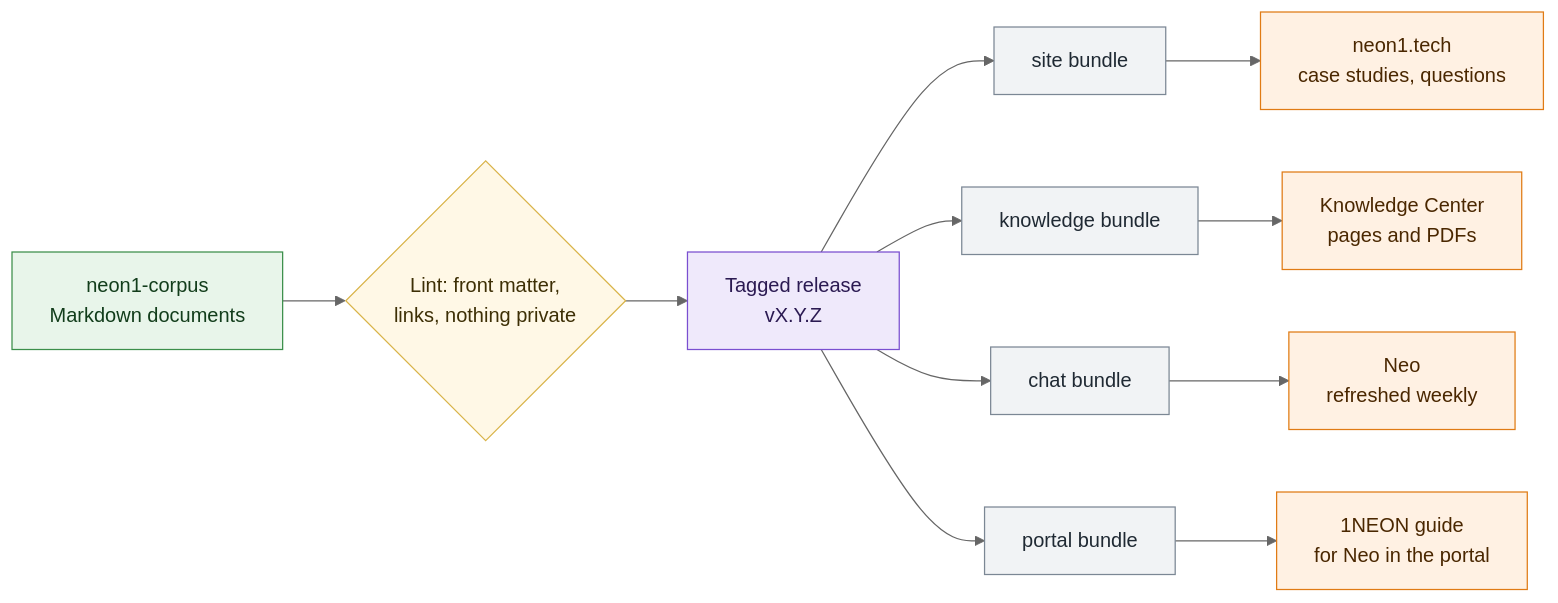
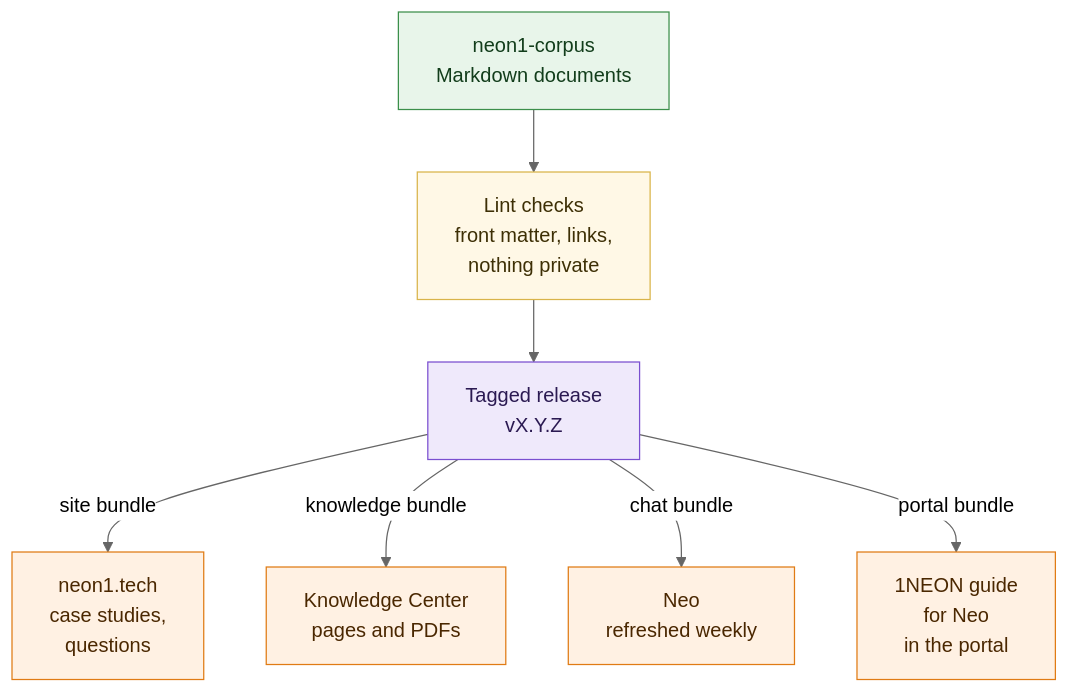
One commit to neon1llc/neon1-corpus changed the seventh of 8 diagrams in corpus/company/architecture.md. Above: the diagram before and after it, drawn with Mermaid (neutral theme). The commit also changed other lines of this file and 17 other files, not shown here.

Commit message:
Render architecture diagrams standalone and fit them to phones

````diff
--- a/corpus/company/architecture.md
+++ b/corpus/company/architecture.md
@@ -227,16 +200,15 @@
 ```mermaid
 %% alt: Flowchart of the corpus. Markdown documents in neon1-corpus are checked by a linter for front matter, links, and anything private. A tagged release exports a bundle for each reader. The site bundle feeds the case studies and questions on neon1.tech. The knowledge bundle feeds the Knowledge Center and its PDFs. The chat bundle feeds Neo, refreshed weekly. The portal bundle feeds the 1NEON guide used by Neo inside 1NEON.
-flowchart LR
-  md["neon1-corpus<br/>Markdown documents"]:::source --> lint{"Lint: front matter,<br/>links, nothing private"}:::decision
+flowchart TB
+  md["neon1-corpus<br/>Markdown documents"]:::source --> lint["Lint checks<br/>front matter, links,<br/>nothing private"]:::check
   lint --> tag["Tagged release<br/>vX.Y.Z"]:::step
-  tag --> b1["site bundle"]:::bundle --> site["neon1.tech<br/>case studies, questions"]:::reader
-  tag --> b2["knowledge bundle"]:::bundle --> kc["Knowledge Center<br/>pages and PDFs"]:::reader
-  tag --> b3["chat bundle"]:::bundle --> neo["Neo<br/>refreshed weekly"]:::reader
-  tag --> b4["portal bundle"]:::bundle --> guide["1NEON guide<br/>for Neo in the portal"]:::reader
+  tag -->|site bundle| site["neon1.tech<br/>case studies,<br/>questions"]:::reader
+  tag -->|knowledge bundle| kc["Knowledge Center<br/>pages and PDFs"]:::reader
+  tag -->|chat bundle| neo["Neo<br/>refreshed weekly"]:::reader
+  tag -->|portal bundle| guide["1NEON guide<br/>for Neo<br/>in the portal"]:::reader
 
   classDef source fill:#e8f5ea,stroke:#3b8f4a,color:#123d1b
-  classDef decision fill:#fff8e6,stroke:#d9b44a,color:#3d2f05
+  classDef check fill:#fff8e6,stroke:#d9b44a,color:#3d2f05
   classDef step fill:#efe9fb,stroke:#7a4fd0,color:#2b1a52
-  classDef bundle fill:#f1f3f5,stroke:#7b8794,color:#1f2933
   classDef reader fill:#fff1e3,stroke:#e07b14,color:#4a2700
 ```
````
